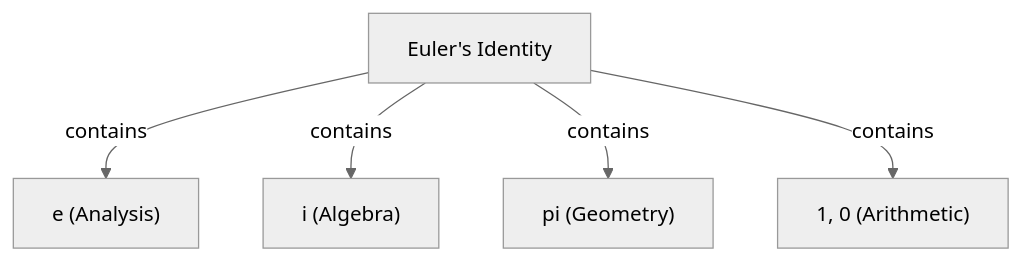
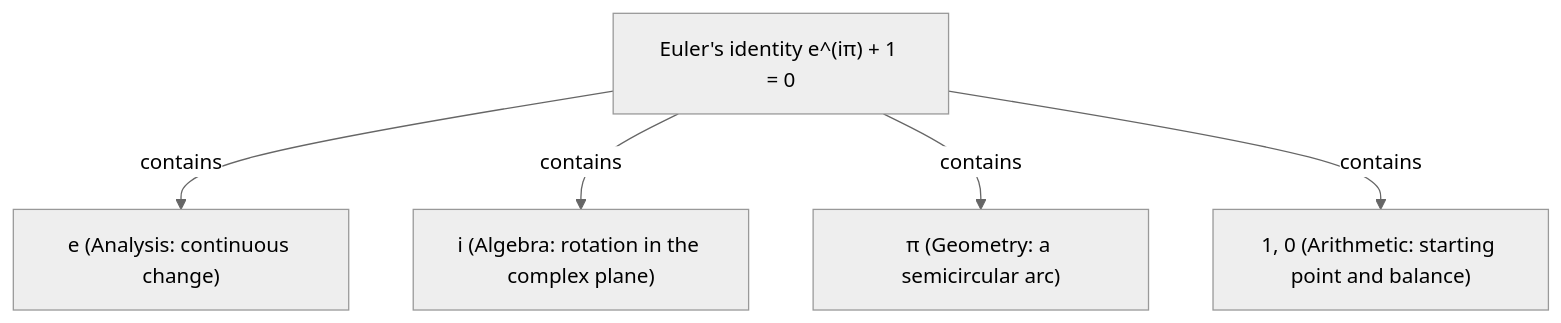
Before and after one commit to kenjinote/blog: the diagram in content/post/eulers-identity/index.en.md, drawn with Mermaid (neutral theme). The commit also changed other lines of this file and 7 other files, not shown here.

Commit message:
Review Euler identity source and English and verify 84 published translations

````diff
--- a/content/post/eulers-identity/index.en.md
+++ b/content/post/eulers-identity/index.en.md
@@ -31,7 +142,7 @@
 ```mermaid
 graph TD
-    A["Euler's Identity"] -->|"contains"| B["e (Analysis)"]
-    A -->|"contains"| C["i (Algebra)"]
-    A -->|"contains"| D["pi (Geometry)"]
-    A -->|"contains"| E["1, 0 (Arithmetic)"]
+    A["Euler's identity e^(iπ) + 1 = 0"] -->|"contains"| B["e (Analysis: continuous change)"]
+    A -->|"contains"| C["i (Algebra: rotation in the complex plane)"]
+    A -->|"contains"| D["π (Geometry: a semicircular arc)"]
+    A -->|"contains"| E["1, 0 (Arithmetic: starting point and balance)"]
 ```
````
